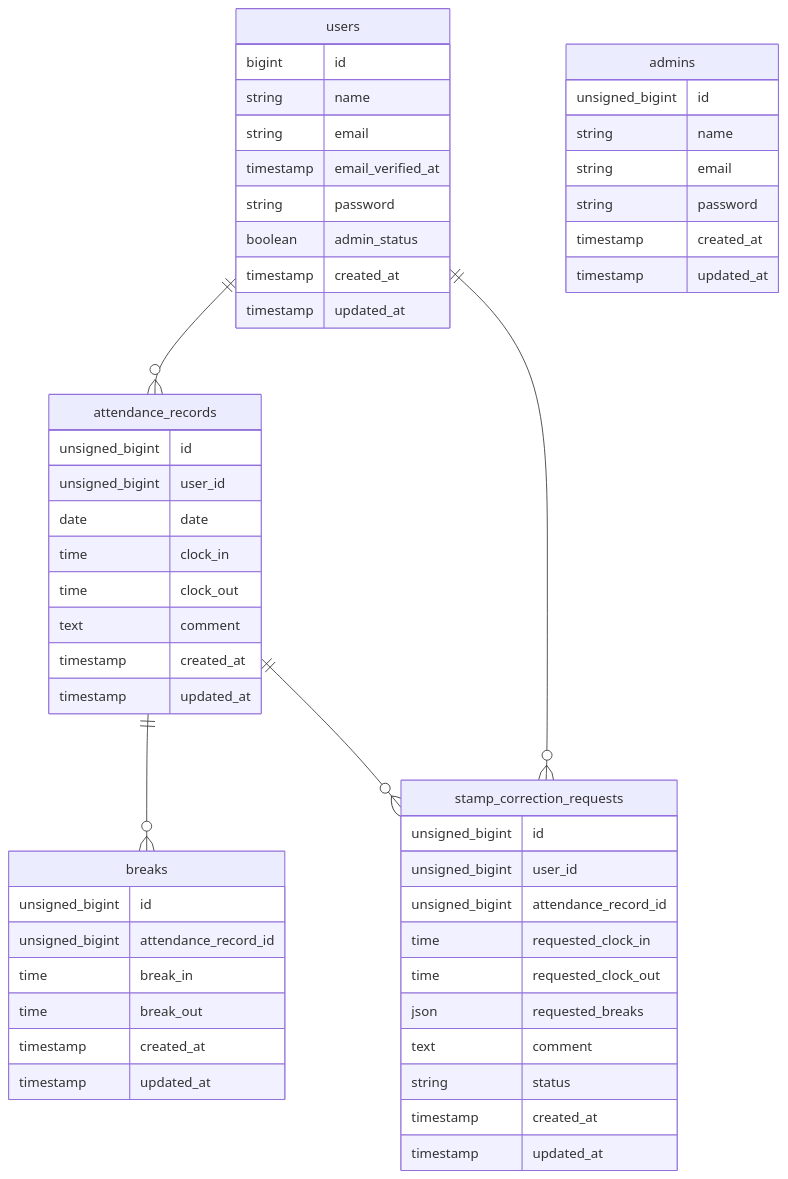
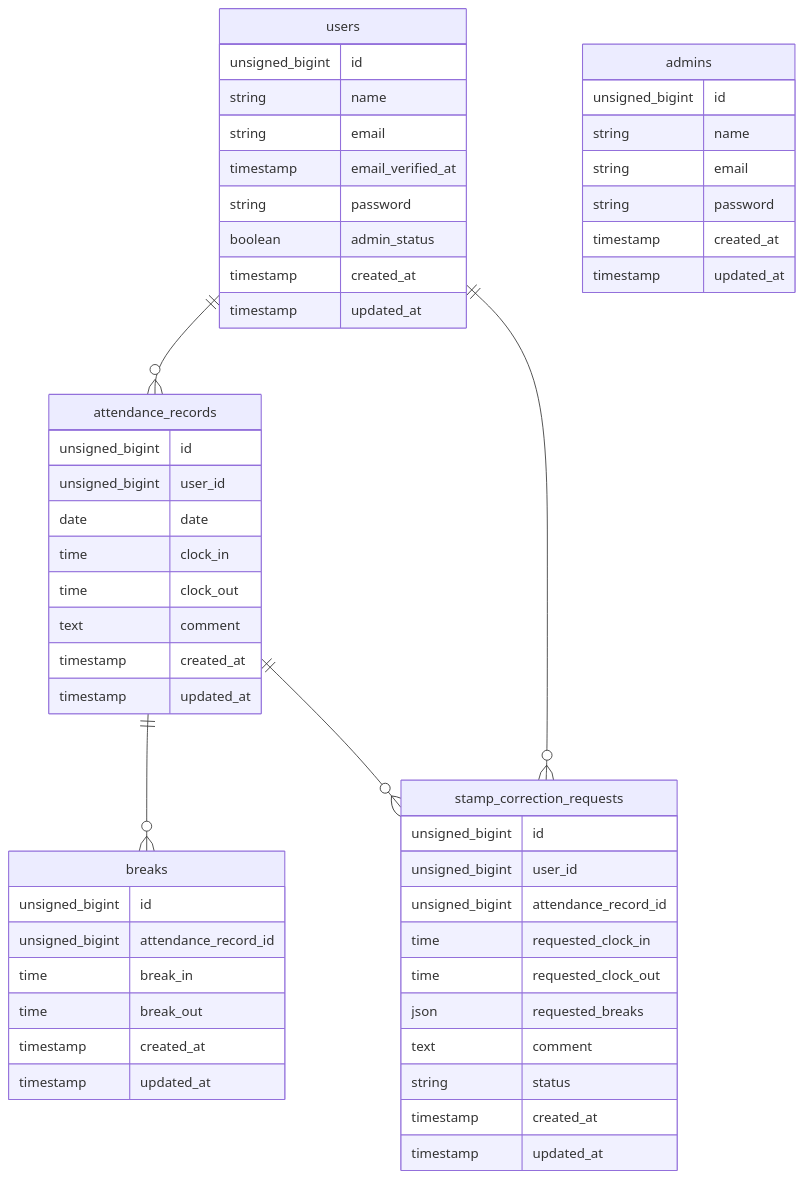
The diagram in README.md (koko-chii/coachtech-attendance), drawn with Mermaid before and after one commit. The commit also changed other lines of this file and 3 other files, not shown here.

````diff
--- a/README.md
+++ b/README.md
@@ -21,61 +21,61 @@
 ```mermaid
 erDiagram
     users ||--o{ attendance_records : ""
     users ||--o{ stamp_correction_requests : ""
     attendance_records ||--o{ breaks : ""
     attendance_records ||--o{ stamp_correction_requests : ""
 
     users {
-        bigint id
+        unsigned_bigint id
         string name
         string email
         timestamp email_verified_at
         string password
         boolean admin_status
         timestamp created_at
         timestamp updated_at
     }
 
     admins {
         unsigned_bigint id
         string name
         string email
         string password
         timestamp created_at
         timestamp updated_at
     }
 
     attendance_records {
         unsigned_bigint id
         unsigned_bigint user_id
         date date
         time clock_in
         time clock_out
         text comment
         timestamp created_at
         timestamp updated_at
     }
 
     breaks {
         unsigned_bigint id
         unsigned_bigint attendance_record_id
         time break_in
         time break_out
         timestamp created_at
         timestamp updated_at
     }
 
     stamp_correction_requests {
         unsigned_bigint id
         unsigned_bigint user_id
         unsigned_bigint attendance_record_id
         time requested_clock_in
         time requested_clock_out
         json requested_breaks
         text comment
         string status
         timestamp created_at
         timestamp updated_at
     }
 
 ```
````
